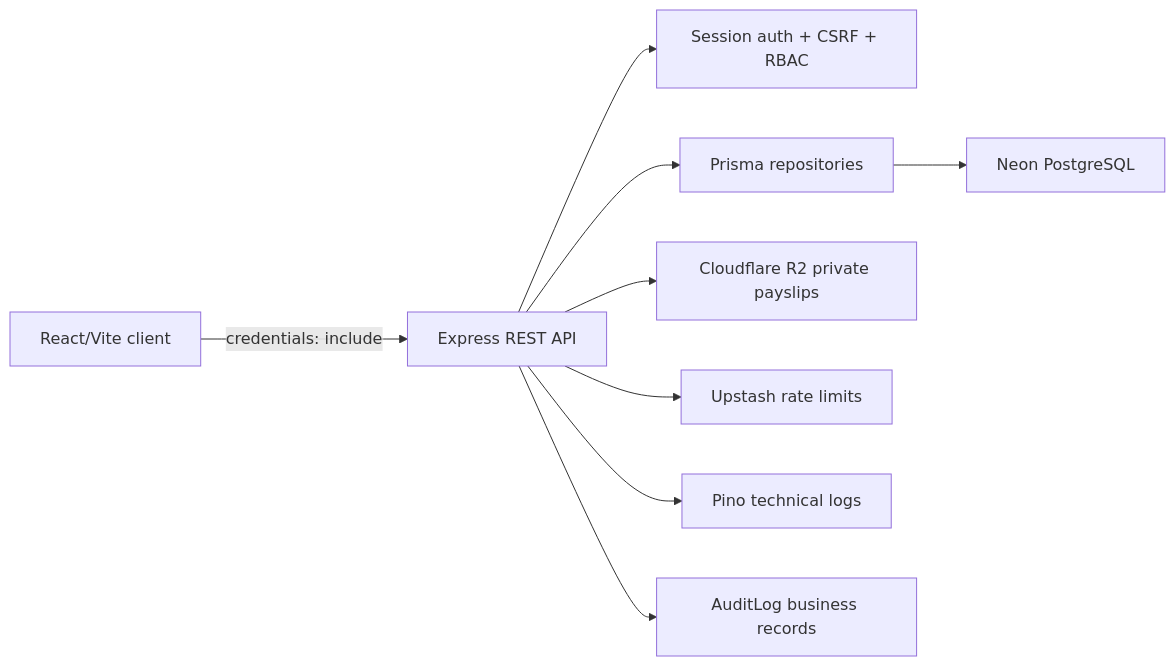
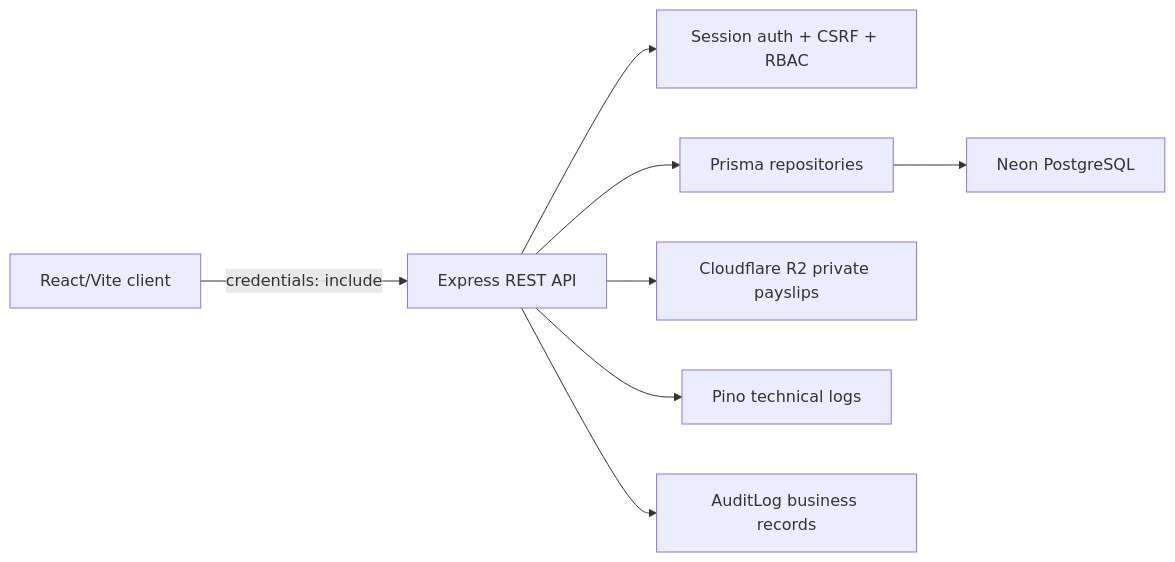
Before and after one commit to sen0mar/stafflow: the diagram in README.md, drawn with Mermaid. The commit also changed other lines of this file and 7 other files, not shown here.

````diff
--- a/README.md
+++ b/README.md
@@ -36,11 +35,10 @@
 ```mermaid
 flowchart LR
   Browser["React/Vite client"] -->|credentials: include| API["Express REST API"]
   API --> Auth["Session auth + CSRF + RBAC"]
   API --> Prisma["Prisma repositories"]
   Prisma --> Postgres["Neon PostgreSQL"]
   API --> R2["Cloudflare R2 private payslips"]
-  API --> Redis["Upstash rate limits"]
   API --> Logs["Pino technical logs"]
   API --> Audit["AuditLog business records"]
 ```
````
